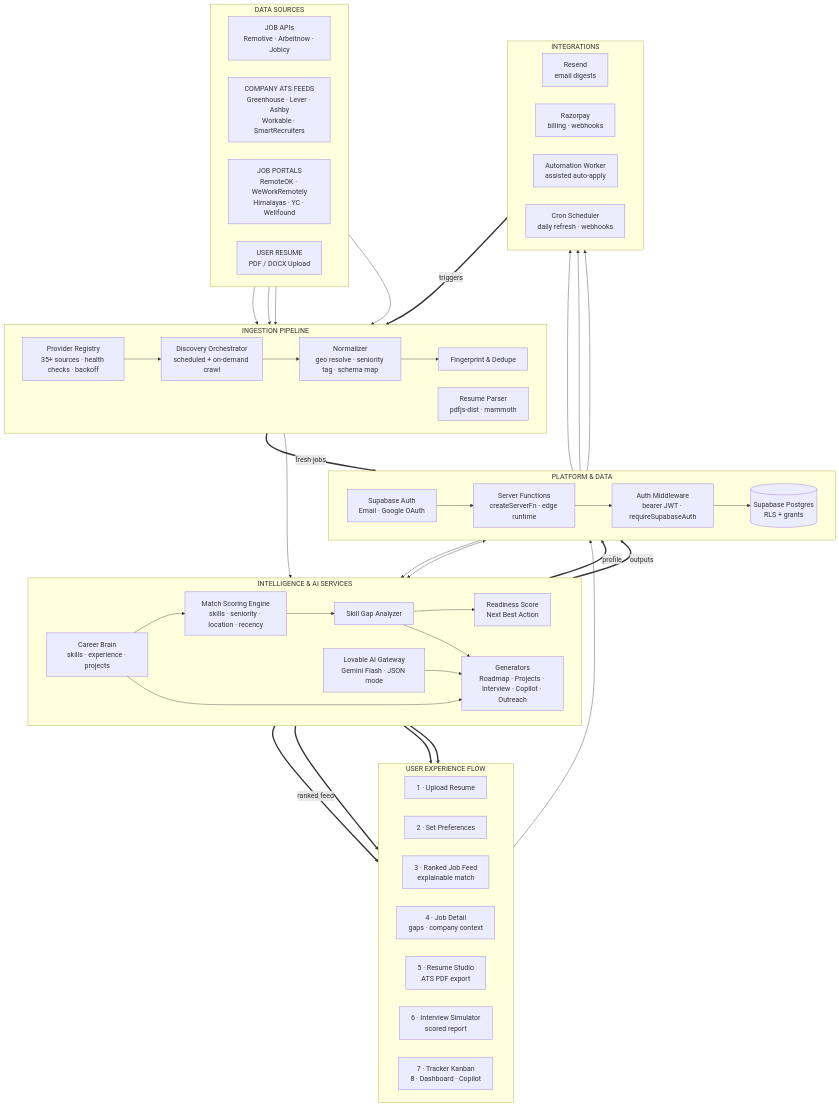
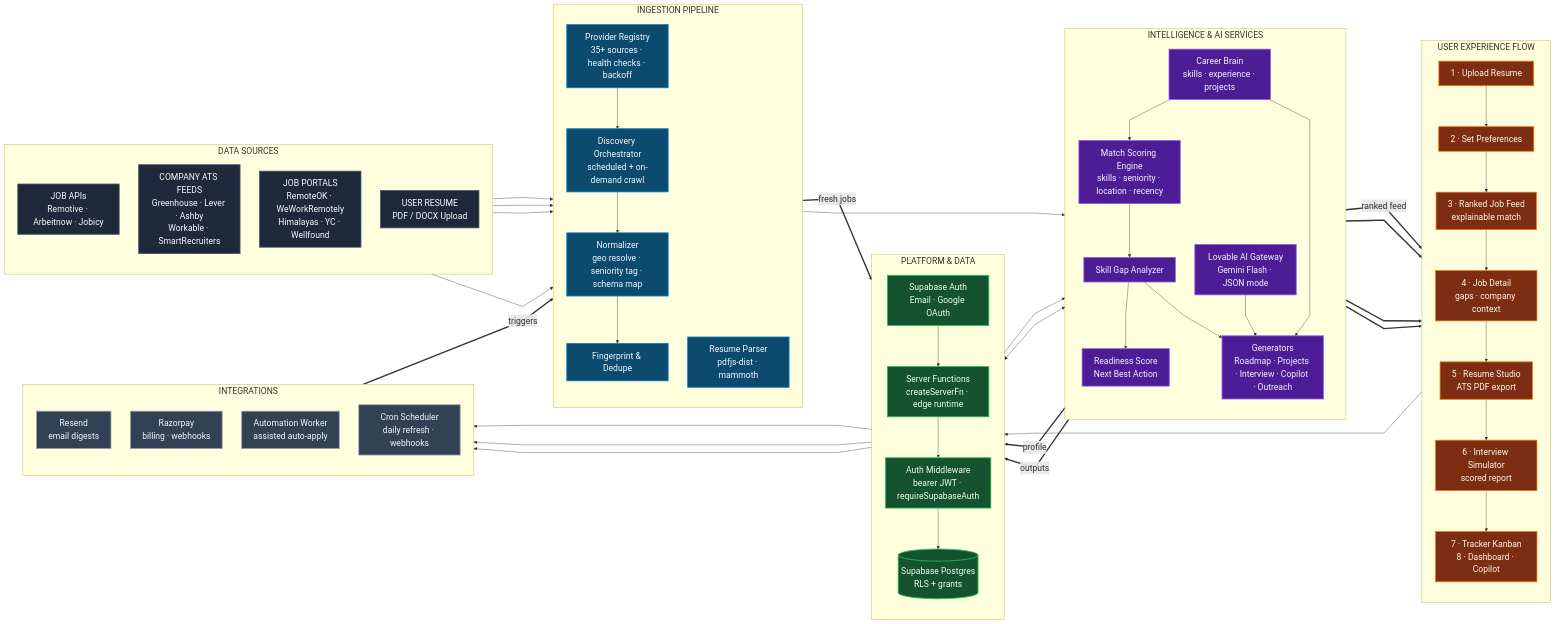
The second of 2 diagrams in README.md (himanshugohil18/career-spark-ai-123), drawn with Mermaid before and after one commit.

````diff
--- a/README.md
+++ b/README.md
@@ -118,9 +118,9 @@
 ```mermaid
-%%{init: {"flowchart": {"htmlLabels": true, "nodeSpacing": 45, "rankSpacing": 70, "curve": "basis"}, "themeVariables": {"fontSize": "18px"}}}%%
-flowchart TB
+%%{init: {"flowchart": {"htmlLabels": true, "nodeSpacing": 50, "rankSpacing": 80, "curve": "linear"}, "themeVariables": {"fontSize": "22px", "fontFamily": "Helvetica, Arial, sans-serif"}}}%%
+flowchart LR
 
     subgraph SRC["DATA SOURCES"]
-        direction LR
+        direction TB
         S1["JOB APIs<br/>Remotive · Arbeitnow · Jobicy"]
         S2["COMPANY ATS FEEDS<br/>Greenhouse · Lever · Ashby<br/>Workable · SmartRecruiters"]
         S3["JOB PORTALS<br/>RemoteOK · WeWorkRemotely<br/>Himalayas · YC · Wellfound"]
@@ -128,7 +128,7 @@
     end
 
     subgraph ING["INGESTION PIPELINE"]
-        direction LR
+        direction TB
         I1["Provider Registry<br/>35+ sources · health checks · backoff"]
         I2["Discovery Orchestrator<br/>scheduled + on-demand crawl"]
         I3["Normalizer<br/>geo resolve · seniority tag · schema map"]
@@ -137,7 +137,7 @@
     end
 
     subgraph AI["INTELLIGENCE & AI SERVICES"]
-        direction LR
+        direction TB
         A1["Career Brain<br/>skills · experience · projects"]
         A2["Match Scoring Engine<br/>skills · seniority · location · recency"]
         A3["Skill Gap Analyzer"]
@@ -147,7 +147,7 @@
     end
 
     subgraph PLT["PLATFORM & DATA"]
-        direction LR
+        direction TB
         P1["Server Functions<br/>createServerFn · edge runtime"]
         P2["Auth Middleware<br/>bearer JWT · requireSupabaseAuth"]
         P3[("Supabase Postgres<br/>RLS + grants")]
@@ -155,7 +155,7 @@
     end
 
     subgraph UI["USER EXPERIENCE FLOW"]
-        direction LR
+        direction TB
         U1["1 · Upload Resume"]
         U2["2 · Set Preferences"]
         U3["3 · Ranked Job Feed<br/>explainable match"]
@@ -166,7 +166,7 @@
     end
 
     subgraph EXT["INTEGRATIONS"]
-        direction LR
+        direction TB
         X1["Resend<br/>email digests"]
         X2["Razorpay<br/>billing · webhooks"]
         X3["Automation Worker<br/>assisted auto-apply"]
@@ -188,7 +188,8 @@
     A3 --> A6
     A6 == outputs ==> P3
 
-    UI --> P1
+    U1 --> U2 --> U3 --> U4 --> U5 --> U6 --> U7
+    U1 --> P1
     P1 --> P2 --> P3
     P4 --> P1
     P1 <--> A5
@@ -202,4 +203,19 @@
     P1 --> X1
     P1 --> X2
     P1 --> X3
+
+    classDef srcStyle fill:#1E293B,stroke:#475569,color:#F8FAFC,stroke-width:2px
+    classDef ingStyle fill:#0C4A6E,stroke:#0284C7,color:#F0F9FF,stroke-width:2px
+    classDef aiStyle fill:#4C1D95,stroke:#8B5CF6,color:#F5F3FF,stroke-width:2px
+    classDef pltStyle fill:#14532D,stroke:#22C55E,color:#F0FDF4,stroke-width:2px
+    classDef uiStyle fill:#7C2D12,stroke:#F97316,color:#FFF7ED,stroke-width:2px
+    classDef extStyle fill:#334155,stroke:#94A3B8,color:#F1F5F9,stroke-width:2px
+
+    class S1,S2,S3,S4 srcStyle
+    class I1,I2,I3,I4,I5 ingStyle
+    class A1,A2,A3,A4,A5,A6 aiStyle
+    class P1,P2,P3,P4 pltStyle
+    class U1,U2,U3,U4,U5,U6,U7 uiStyle
+    class X1,X2,X3,X4 extStyle
+
 ```
````
